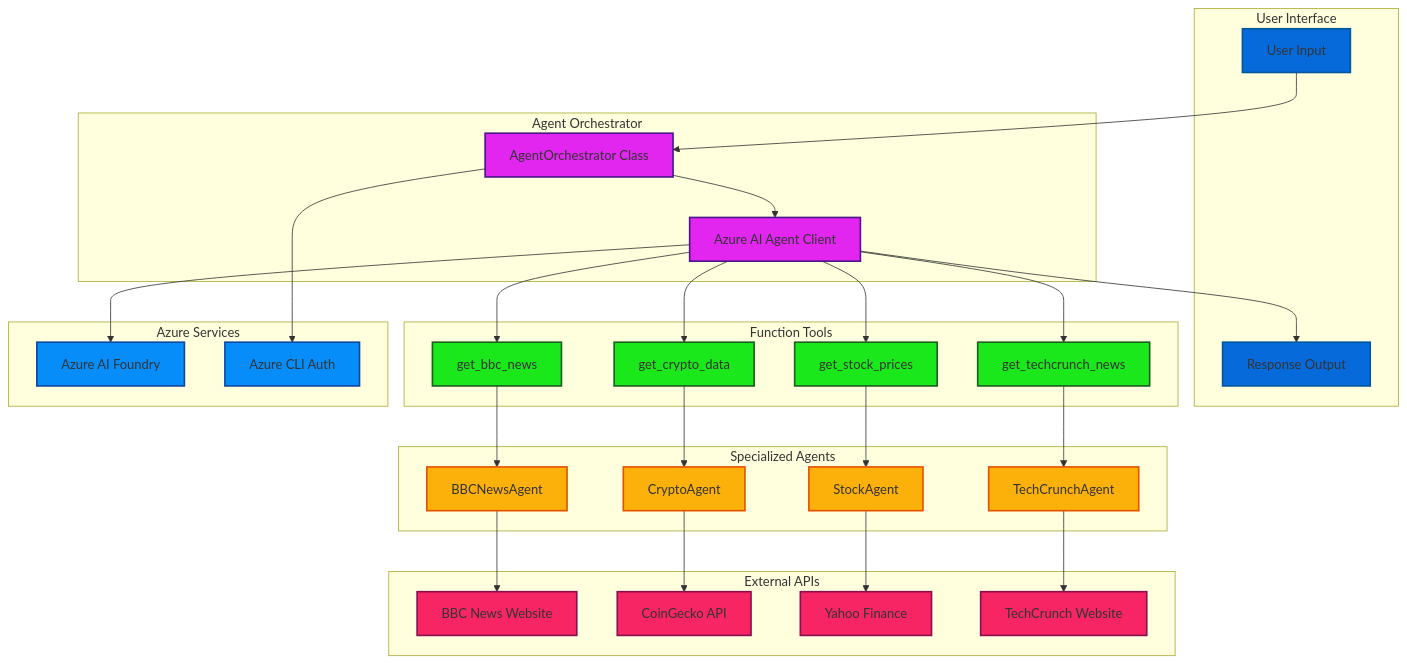
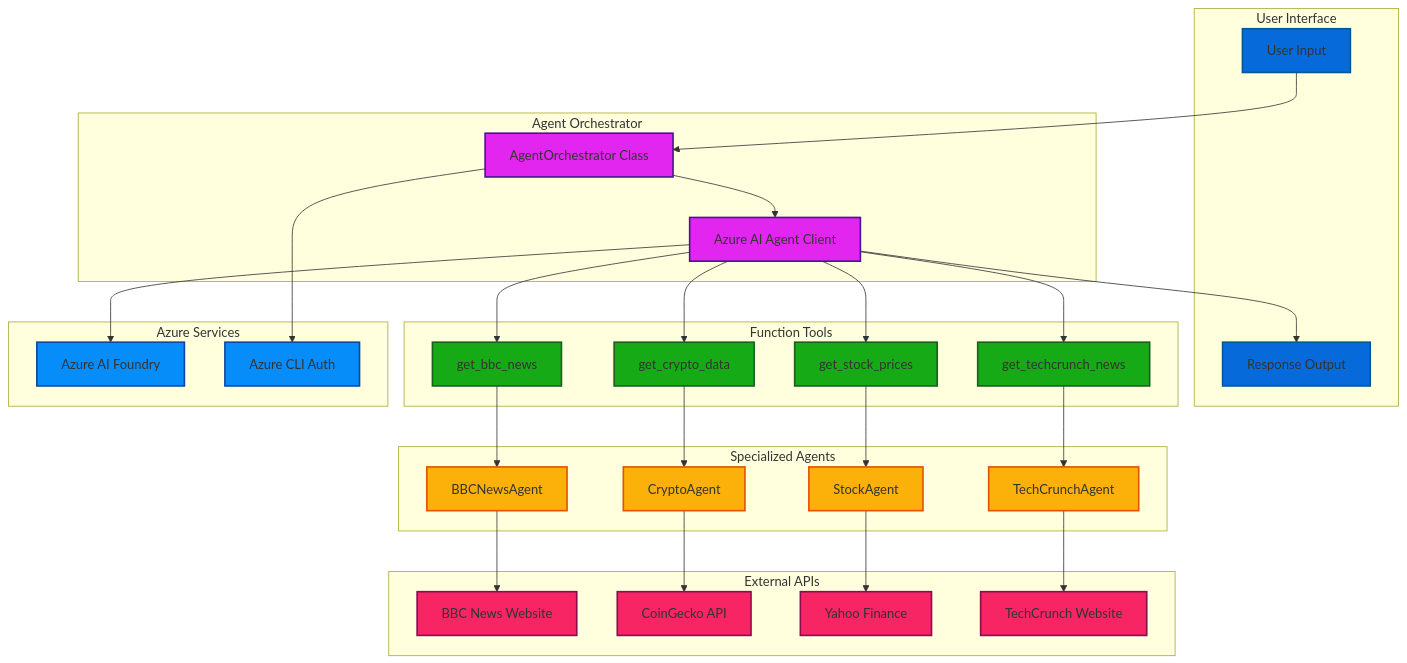
One commit to khanasif1/demo-microsoft-agent-framework changed the diagram in agentTools/README.md. Above: the diagram before and after it, drawn with Mermaid.

Commit message:
style: Update tool class color in Mermaid diagram for improved visibility

````diff
--- a/agentTools/README.md
+++ b/agentTools/README.md
@@ -7,74 +7,74 @@
 ```mermaid
 graph TB
     subgraph "User Interface"
         UI[User Input]
         OUT[Response Output]
     end
     
     subgraph "Agent Orchestrator"
         ORCH[AgentOrchestrator Class]
         AI[Azure AI Agent Client]
     end
     
     subgraph "Function Tools"
         BBC[get_bbc_news]
         CRYPTO[get_crypto_data]
         STOCK[get_stock_prices]
         TECH[get_techcrunch_news]
     end
     
     subgraph "Specialized Agents"
         BBCAGENT[BBCNewsAgent]
         CRYPTOAGENT[CryptoAgent]
         STOCKAGENT[StockAgent]
         TECHAGENT[TechCrunchAgent]
     end
     
     subgraph "External APIs"
         BBCAPI[BBC News Website]
         COINAPI[CoinGecko API]
         YAHOOAPI[Yahoo Finance]
         TECHAPI[TechCrunch Website]
     end
     
     subgraph "Azure Services"
         AZAI[Azure AI Foundry]
         AUTH[Azure CLI Auth]
     end
     
     UI --> ORCH
     ORCH --> AI
     AI --> BBC
     AI --> CRYPTO
     AI --> STOCK
     AI --> TECH
     
     BBC --> BBCAGENT
     CRYPTO --> CRYPTOAGENT
     STOCK --> STOCKAGENT
     TECH --> TECHAGENT
     
     BBCAGENT --> BBCAPI
     CRYPTOAGENT --> COINAPI
     STOCKAGENT --> YAHOOAPI
     TECHAGENT --> TECHAPI
     
     AI --> AZAI
     ORCH --> AUTH
     
     AI --> OUT
     
     classDef userClass fill:#076adb,stroke:#01579b,stroke-width:2px
     classDef orchestratorClass fill:#e226f0,stroke:#4a148c,stroke-width:2px
-    classDef toolClass fill:#1ae81a,stroke:#1b5e20,stroke-width:2px
+    classDef toolClass fill:#16ab16,stroke:#1b5e20,stroke-width:2px
     classDef agentClass fill:#fcb00a,stroke:#e65100,stroke-width:2px
     classDef apiClass fill:#f72564,stroke:#880e4f,stroke-width:2px
     classDef azureClass fill:#078dfa,stroke:#0d47a1,stroke-width:2px
     
     class UI,OUT userClass
     class ORCH,AI orchestratorClass
     class BBC,CRYPTO,STOCK,TECH toolClass
     class BBCAGENT,CRYPTOAGENT,STOCKAGENT,TECHAGENT agentClass
     class BBCAPI,COINAPI,YAHOOAPI,TECHAPI apiClass
     class AZAI,AUTH azureClass
 ```
````
